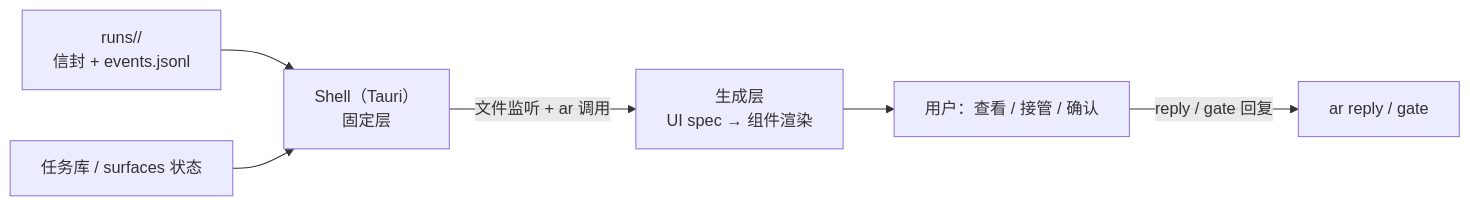
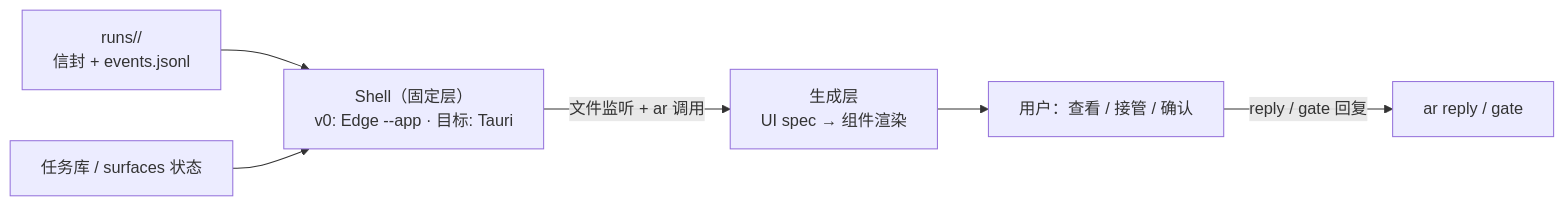
Before and after one commit to ShizkMoon/ai-collab-assistant: the diagram in docs/workbench-ui.md, drawn with Mermaid. The commit also changed other lines of this file, not shown here.

First line of the commit message:
docs: 工作台壳体分两期——v0 Edge --app 落地，Tauri 为目标壳

````diff
--- a/docs/workbench-ui.md
+++ b/docs/workbench-ui.md
@@ -9,8 +9,8 @@
 ```mermaid
 flowchart LR
-  RUNS["runs/<root_id>/<br/>信封 + events.jsonl"] --> SH["Shell（Tauri）<br/>固定层"]
+  RUNS["runs/<root_id>/<br/>信封 + events.jsonl"] --> SH["Shell（固定层）<br/>v0: Edge --app · 目标: Tauri"]
   TW["任务库 / surfaces 状态"] --> SH
   SH -->|文件监听 + ar 调用| GEN["生成层<br/>UI spec → 组件渲染"]
   GEN --> U["用户：查看 / 接管 / 确认"]
   U -->|reply / gate 回复| AR["ar reply / gate"]
 ```
````
